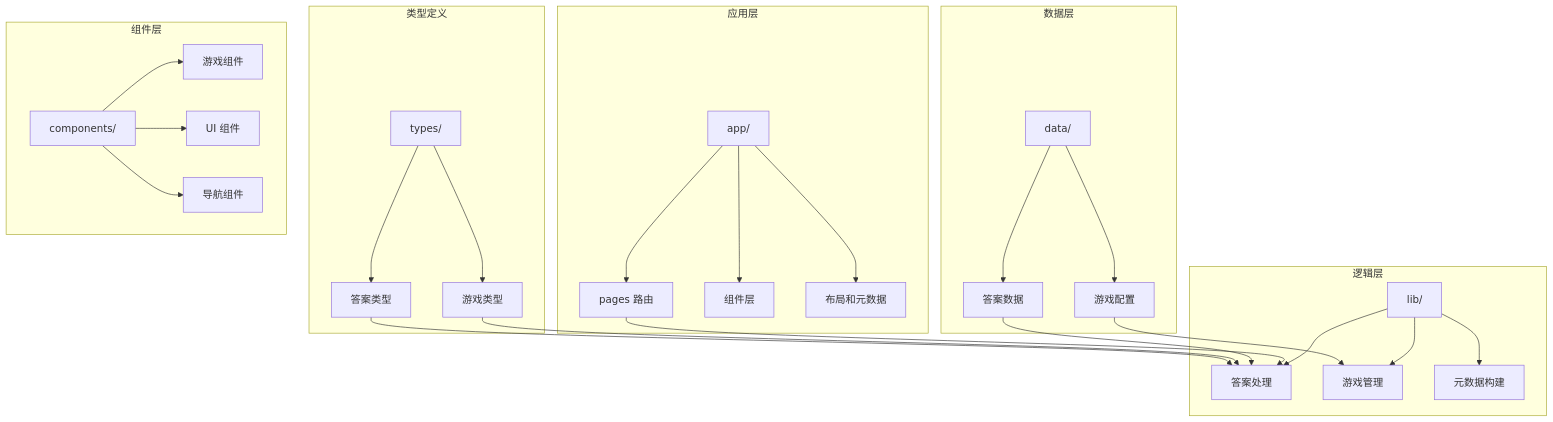
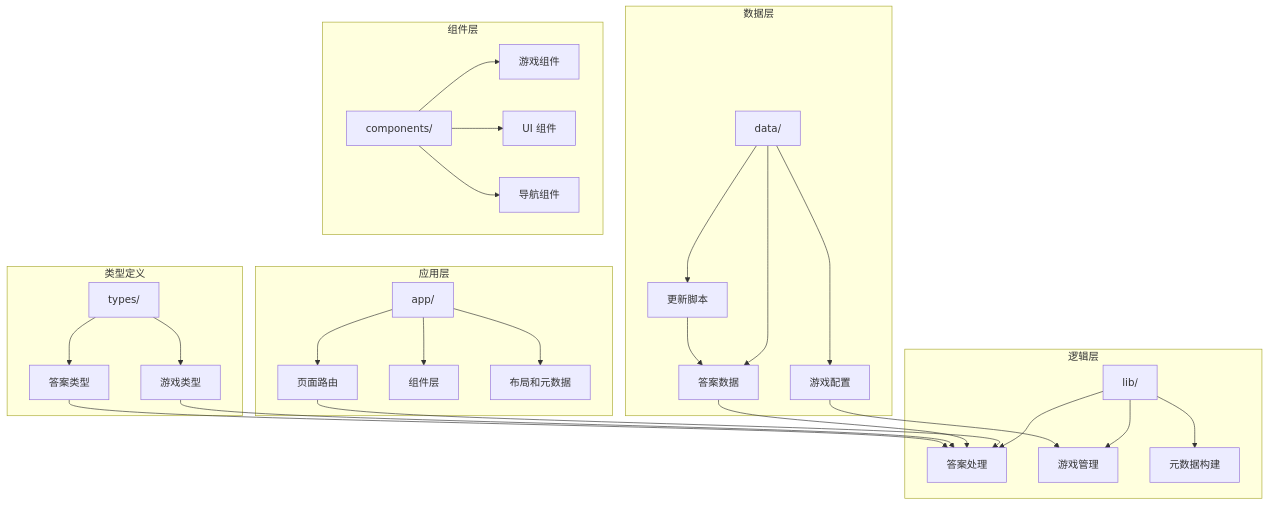
Before and after one commit to billychou/linkedin-answer: the first of 10 diagrams in .qoder/repowiki/zh/content/Pinpoint Puzzle Content.md, drawn with Mermaid. The commit also changed other lines of this file and 2 other files, not shown here.

````diff
--- a/.qoder/repowiki/zh/content/Pinpoint Puzzle Content.md
+++ b/.qoder/repowiki/zh/content/Pinpoint Puzzle Content.md
@@ -53,31 +51,33 @@
 ```mermaid
 graph TB
 subgraph "应用层"
-A[app/] --> B[pages 路由]
+A[app/] --> B[页面路由]
 A --> C[组件层]
 A --> D[布局和元数据]
 end
 subgraph "数据层"
 E[data/] --> F[答案数据]
 E --> G[游戏配置]
+E --> H[更新脚本]
 end
 subgraph "逻辑层"
-H[lib/] --> I[答案处理]
-H --> J[游戏管理]
-H --> K[元数据构建]
+I[lib/] --> J[答案处理]
+I --> K[游戏管理]
+I --> L[元数据构建]
 end
 subgraph "类型定义"
-L[types/] --> M[游戏类型]
-L --> N[答案类型]
+M[types/] --> N[游戏类型]
+M --> O[答案类型]
 end
 subgraph "组件层"
-O[components/] --> P[游戏组件]
-O --> Q[UI 组件]
-O --> R[导航组件]
+P[components/] --> Q[游戏组件]
+P --> R[UI 组件]
+P --> S[导航组件]
 end
-B --> I
-F --> I
-G --> J
-M --> I
-N --> I
+B --> J
+F --> J
+G --> K
+N --> J
+O --> J
+H --> F
 ```
````
